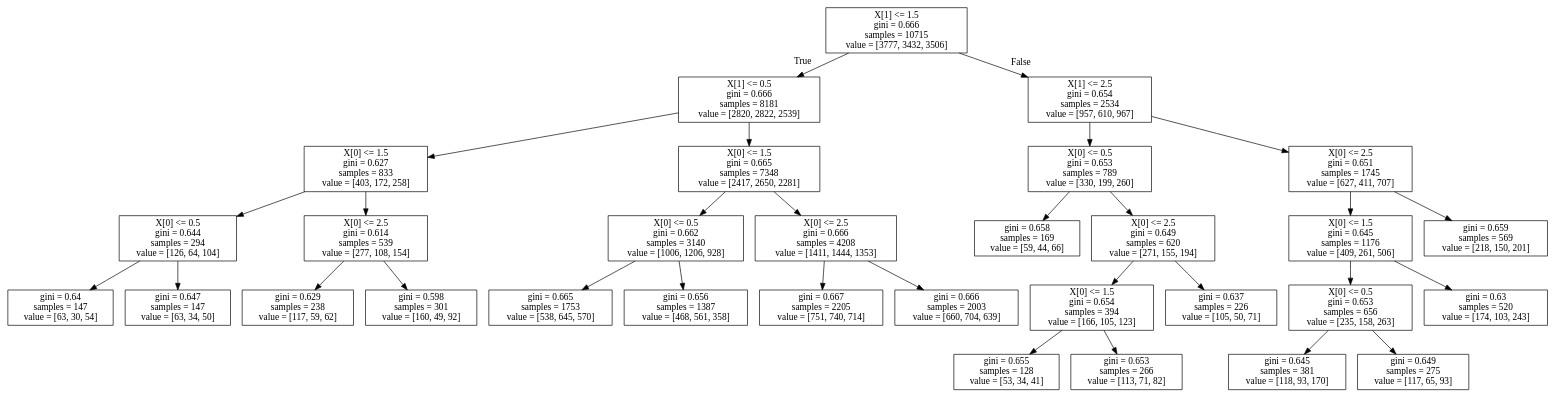
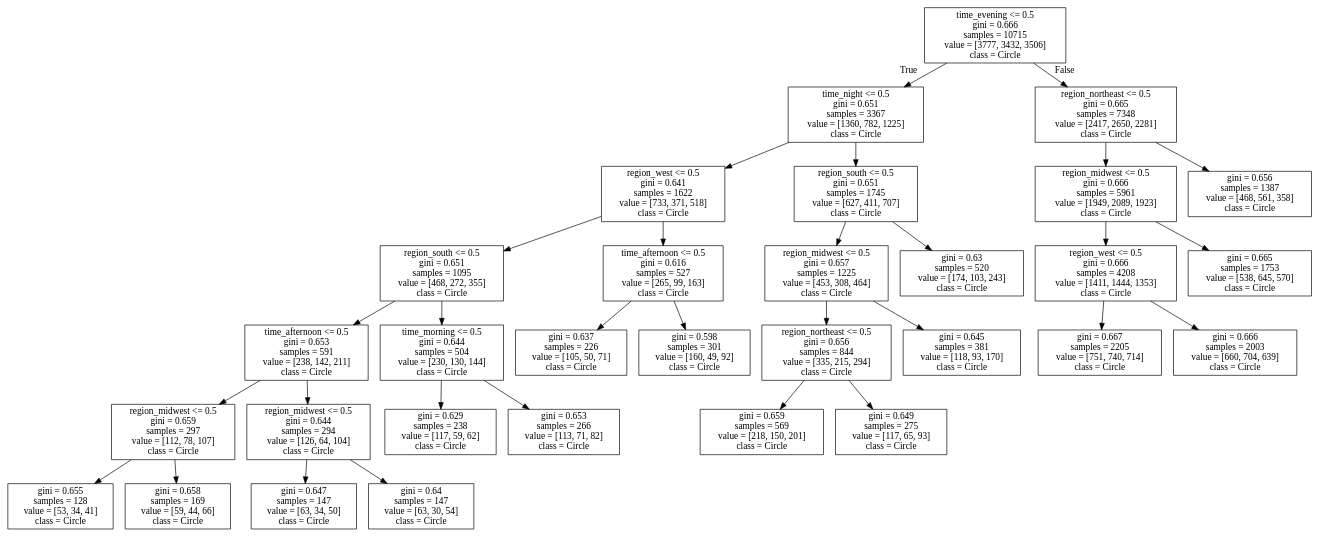
Before and after one commit to carlosbarcelos/DS3001: the diagram in hw2/task2/tree.dot, drawn with Graphviz. The commit also changed 5 other files, not shown here.

```diff
--- a/hw2/task2/tree.dot
+++ b/hw2/task2/tree.dot
@@ -1,64 +1,64 @@
 digraph Tree {
 node [shape=box] ;
-0 [label="X[1] <= 1.5\ngini = 0.666\nsamples = 10715\nvalue = [3777, 3432, 3506]"] ;
-1 [label="X[1] <= 0.5\ngini = 0.666\nsamples = 8181\nvalue = [2820, 2822, 2539]"] ;
+0 [label="time_evening <= 0.5\ngini = 0.666\nsamples = 10715\nvalue = [3777, 3432, 3506]\nclass = Circle"] ;
+1 [label="time_night <= 0.5\ngini = 0.651\nsamples = 3367\nvalue = [1360, 782, 1225]\nclass = Circle"] ;
 0 -> 1 [labeldistance=2.5, labelangle=45, headlabel="True"] ;
-2 [label="X[0] <= 1.5\ngini = 0.627\nsamples = 833\nvalue = [403, 172, 258]"] ;
+2 [label="region_west <= 0.5\ngini = 0.641\nsamples = 1622\nvalue = [733, 371, 518]\nclass = Circle"] ;
 1 -> 2 ;
-3 [label="X[0] <= 0.5\ngini = 0.644\nsamples = 294\nvalue = [126, 64, 104]"] ;
+3 [label="region_south <= 0.5\ngini = 0.651\nsamples = 1095\nvalue = [468, 272, 355]\nclass = Circle"] ;
 2 -> 3 ;
-4 [label="gini = 0.64\nsamples = 147\nvalue = [63, 30, 54]"] ;
+4 [label="time_afternoon <= 0.5\ngini = 0.653\nsamples = 591\nvalue = [238, 142, 211]\nclass = Circle"] ;
 3 -> 4 ;
-5 [label="gini = 0.647\nsamples = 147\nvalue = [63, 34, 50]"] ;
-3 -> 5 ;
-6 [label="X[0] <= 2.5\ngini = 0.614\nsamples = 539\nvalue = [277, 108, 154]"] ;
-2 -> 6 ;
-7 [label="gini = 0.629\nsamples = 238\nvalue = [117, 59, 62]"] ;
-6 -> 7 ;
-8 [label="gini = 0.598\nsamples = 301\nvalue = [160, 49, 92]"] ;
-6 -> 8 ;
-9 [label="X[0] <= 1.5\ngini = 0.665\nsamples = 7348\nvalue = [2417, 2650, 2281]"] ;
-1 -> 9 ;
-10 [label="X[0] <= 0.5\ngini = 0.662\nsamples = 3140\nvalue = [1006, 1206, 928]"] ;
-9 -> 10 ;
-11 [label="gini = 0.665\nsamples = 1753\nvalue = [538, 645, 570]"] ;
-10 -> 11 ;
-12 [label="gini = 0.656\nsamples = 1387\nvalue = [468, 561, 358]"] ;
-10 -> 12 ;
-13 [label="X[0] <= 2.5\ngini = 0.666\nsamples = 4208\nvalue = [1411, 1444, 1353]"] ;
-9 -> 13 ;
-14 [label="gini = 0.667\nsamples = 2205\nvalue = [751, 740, 714]"] ;
-13 -> 14 ;
-15 [label="gini = 0.666\nsamples = 2003\nvalue = [660, 704, 639]"] ;
-13 -> 15 ;
-16 [label="X[1] <= 2.5\ngini = 0.654\nsamples = 2534\nvalue = [957, 610, 967]"] ;
-0 -> 16 [labeldistance=2.5, labelangle=-45, headlabel="False"] ;
-17 [label="X[0] <= 0.5\ngini = 0.653\nsamples = 789\nvalue = [330, 199, 260]"] ;
-16 -> 17 ;
-18 [label="gini = 0.658\nsamples = 169\nvalue = [59, 44, 66]"] ;
+5 [label="region_midwest <= 0.5\ngini = 0.659\nsamples = 297\nvalue = [112, 78, 107]\nclass = Circle"] ;
+4 -> 5 ;
+6 [label="gini = 0.655\nsamples = 128\nvalue = [53, 34, 41]\nclass = Circle"] ;
+5 -> 6 ;
+7 [label="gini = 0.658\nsamples = 169\nvalue = [59, 44, 66]\nclass = Circle"] ;
+5 -> 7 ;
+8 [label="region_midwest <= 0.5\ngini = 0.644\nsamples = 294\nvalue = [126, 64, 104]\nclass = Circle"] ;
+4 -> 8 ;
+9 [label="gini = 0.647\nsamples = 147\nvalue = [63, 34, 50]\nclass = Circle"] ;
+8 -> 9 ;
+10 [label="gini = 0.64\nsamples = 147\nvalue = [63, 30, 54]\nclass = Circle"] ;
+8 -> 10 ;
+11 [label="time_morning <= 0.5\ngini = 0.644\nsamples = 504\nvalue = [230, 130, 144]\nclass = Circle"] ;
+3 -> 11 ;
+12 [label="gini = 0.629\nsamples = 238\nvalue = [117, 59, 62]\nclass = Circle"] ;
+11 -> 12 ;
+13 [label="gini = 0.653\nsamples = 266\nvalue = [113, 71, 82]\nclass = Circle"] ;
+11 -> 13 ;
+14 [label="time_afternoon <= 0.5\ngini = 0.616\nsamples = 527\nvalue = [265, 99, 163]\nclass = Circle"] ;
+2 -> 14 ;
+15 [label="gini = 0.637\nsamples = 226\nvalue = [105, 50, 71]\nclass = Circle"] ;
+14 -> 15 ;
+16 [label="gini = 0.598\nsamples = 301\nvalue = [160, 49, 92]\nclass = Circle"] ;
+14 -> 16 ;
+17 [label="region_south <= 0.5\ngini = 0.651\nsamples = 1745\nvalue = [627, 411, 707]\nclass = Circle"] ;
+1 -> 17 ;
+18 [label="region_midwest <= 0.5\ngini = 0.657\nsamples = 1225\nvalue = [453, 308, 464]\nclass = Circle"] ;
 17 -> 18 ;
-19 [label="X[0] <= 2.5\ngini = 0.649\nsamples = 620\nvalue = [271, 155, 194]"] ;
-17 -> 19 ;
-20 [label="X[0] <= 1.5\ngini = 0.654\nsamples = 394\nvalue = [166, 105, 123]"] ;
+19 [label="region_northeast <= 0.5\ngini = 0.656\nsamples = 844\nvalue = [335, 215, 294]\nclass = Circle"] ;
+18 -> 19 ;
+20 [label="gini = 0.659\nsamples = 569\nvalue = [218, 150, 201]\nclass = Circle"] ;
 19 -> 20 ;
-21 [label="gini = 0.655\nsamples = 128\nvalue = [53, 34, 41]"] ;
-20 -> 21 ;
-22 [label="gini = 0.653\nsamples = 266\nvalue = [113, 71, 82]"] ;
-20 -> 22 ;
-23 [label="gini = 0.637\nsamples = 226\nvalue = [105, 50, 71]"] ;
-19 -> 23 ;
-24 [label="X[0] <= 2.5\ngini = 0.651\nsamples = 1745\nvalue = [627, 411, 707]"] ;
-16 -> 24 ;
-25 [label="X[0] <= 1.5\ngini = 0.645\nsamples = 1176\nvalue = [409, 261, 506]"] ;
+21 [label="gini = 0.649\nsamples = 275\nvalue = [117, 65, 93]\nclass = Circle"] ;
+19 -> 21 ;
+22 [label="gini = 0.645\nsamples = 381\nvalue = [118, 93, 170]\nclass = Circle"] ;
+18 -> 22 ;
+23 [label="gini = 0.63\nsamples = 520\nvalue = [174, 103, 243]\nclass = Circle"] ;
+17 -> 23 ;
+24 [label="region_northeast <= 0.5\ngini = 0.665\nsamples = 7348\nvalue = [2417, 2650, 2281]\nclass = Circle"] ;
+0 -> 24 [labeldistance=2.5, labelangle=-45, headlabel="False"] ;
+25 [label="region_midwest <= 0.5\ngini = 0.666\nsamples = 5961\nvalue = [1949, 2089, 1923]\nclass = Circle"] ;
 24 -> 25 ;
-26 [label="X[0] <= 0.5\ngini = 0.653\nsamples = 656\nvalue = [235, 158, 263]"] ;
+26 [label="region_west <= 0.5\ngini = 0.666\nsamples = 4208\nvalue = [1411, 1444, 1353]\nclass = Circle"] ;
 25 -> 26 ;
-27 [label="gini = 0.645\nsamples = 381\nvalue = [118, 93, 170]"] ;
+27 [label="gini = 0.667\nsamples = 2205\nvalue = [751, 740, 714]\nclass = Circle"] ;
 26 -> 27 ;
-28 [label="gini = 0.649\nsamples = 275\nvalue = [117, 65, 93]"] ;
+28 [label="gini = 0.666\nsamples = 2003\nvalue = [660, 704, 639]\nclass = Circle"] ;
 26 -> 28 ;
-29 [label="gini = 0.63\nsamples = 520\nvalue = [174, 103, 243]"] ;
+29 [label="gini = 0.665\nsamples = 1753\nvalue = [538, 645, 570]\nclass = Circle"] ;
 25 -> 29 ;
-30 [label="gini = 0.659\nsamples = 569\nvalue = [218, 150, 201]"] ;
+30 [label="gini = 0.656\nsamples = 1387\nvalue = [468, 561, 358]\nclass = Circle"] ;
 24 -> 30 ;
 }
```
